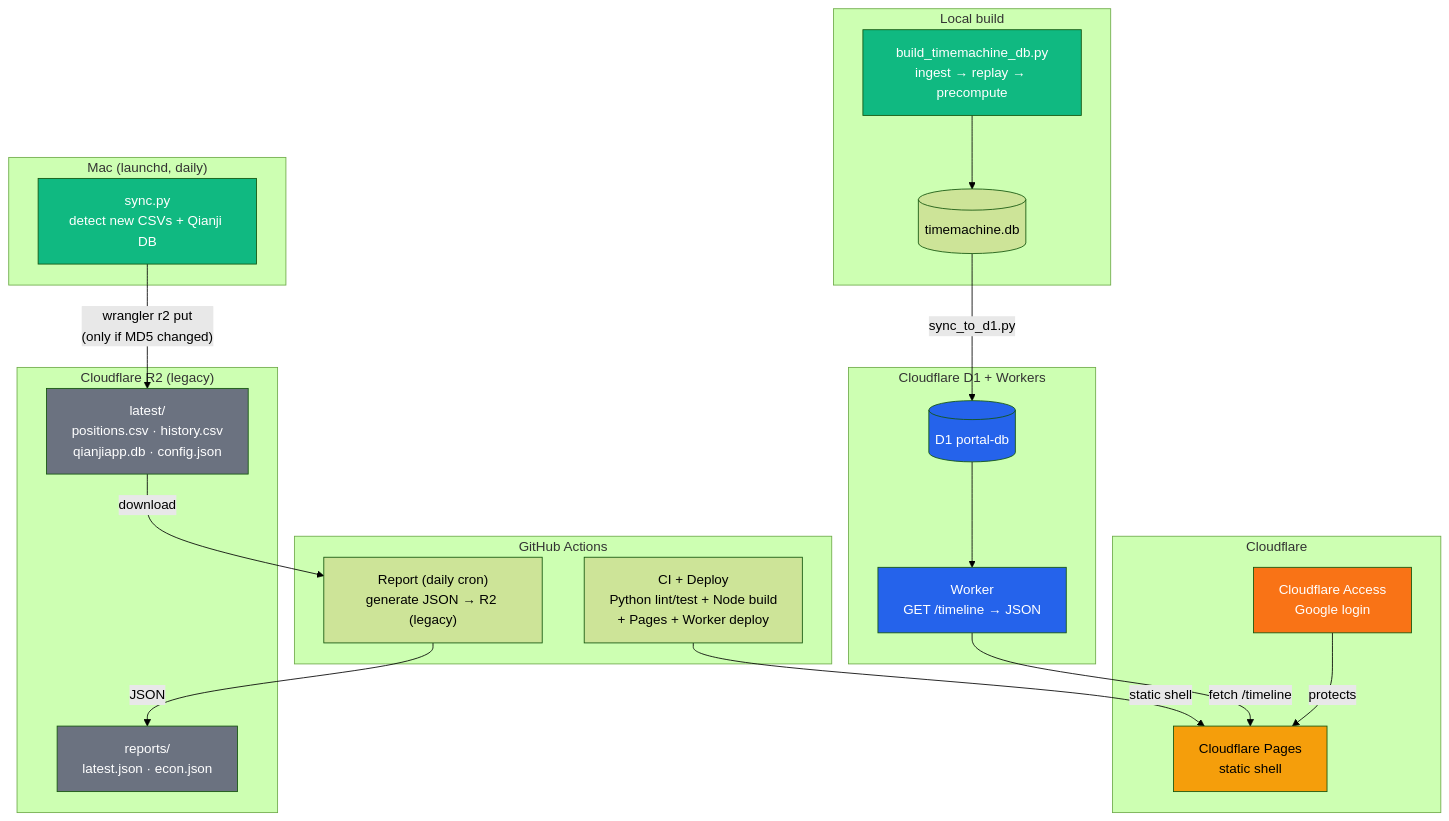
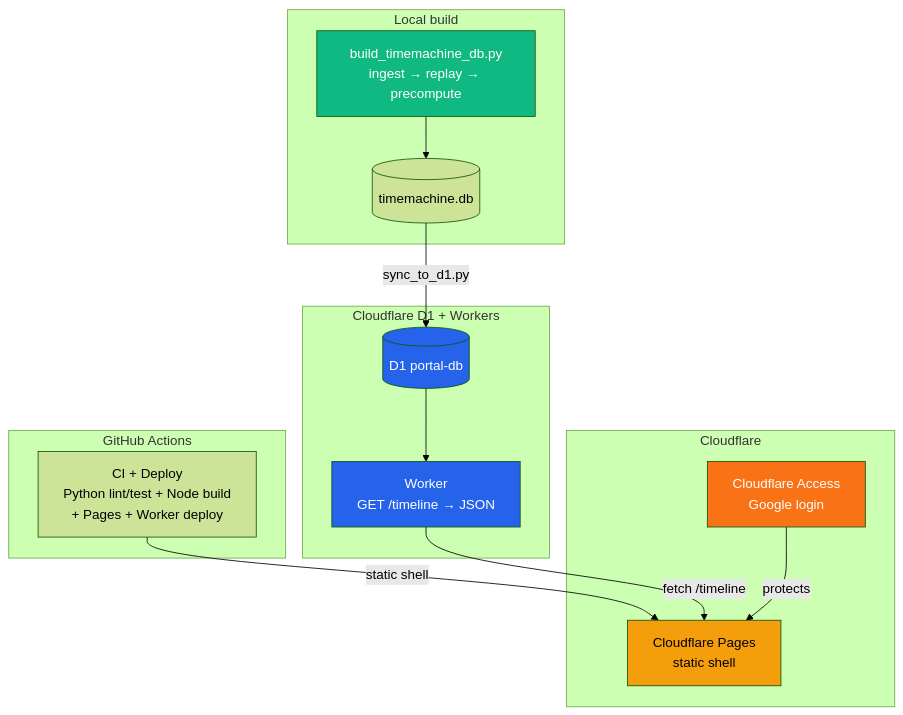
The first of 3 diagrams in README.md (Guoyuer/portal), drawn with Mermaid (forest theme) before and after one commit. The commit also changed other lines of this file and 2 other files, not shown here.

````diff
--- a/README.md
+++ b/README.md
@@ -9,50 +9,34 @@
 ```mermaid
 graph TB
-    subgraph "Mac (launchd, daily)"
-        SYNC["sync.py<br/>detect new CSVs + Qianji DB"]
-    end
-
     subgraph "Local build"
         BUILD["build_timemachine_db.py<br/>ingest → replay → precompute"]
         DB[(timemachine.db)]
-    end
-
-    subgraph "Cloudflare R2 (legacy)"
-        RAW["latest/<br/>positions.csv · history.csv<br/>qianjiapp.db · config.json"]
-        JSON["reports/<br/>latest.json · econ.json"]
     end
 
     subgraph "Cloudflare D1 + Workers"
         D1[(D1 portal-db)]
         WORKER["Worker<br/>GET /timeline → JSON"]
     end
 
     subgraph "GitHub Actions"
         CI["CI + Deploy<br/>Python lint/test + Node build<br/>+ Pages + Worker deploy"]
-        REPORT["Report (daily cron)<br/>generate JSON → R2 (legacy)"]
     end
 
     subgraph "Cloudflare"
         ACCESS["Cloudflare Access<br/>Google login"]
         PAGES["Cloudflare Pages<br/>static shell"]
     end
 
-    SYNC -->|"wrangler r2 put<br/>(only if MD5 changed)"| RAW
-    RAW -->|download| REPORT
-    REPORT -->|JSON| JSON
     BUILD --> DB
     DB -->|sync_to_d1.py| D1
     D1 --> WORKER
     CI -->|static shell| PAGES
     WORKER -->|"fetch /timeline"| PAGES
     ACCESS -->|protects| PAGES
 
-    style SYNC fill:#10b981,color:#fff
     style BUILD fill:#10b981,color:#fff
     style WORKER fill:#2563eb,color:#fff
     style PAGES fill:#f59e0b,color:#000
     style ACCESS fill:#f97316,color:#fff
     style D1 fill:#2563eb,color:#fff
-    style JSON fill:#6b7280,color:#fff
-    style RAW fill:#6b7280,color:#fff
 ```
````
